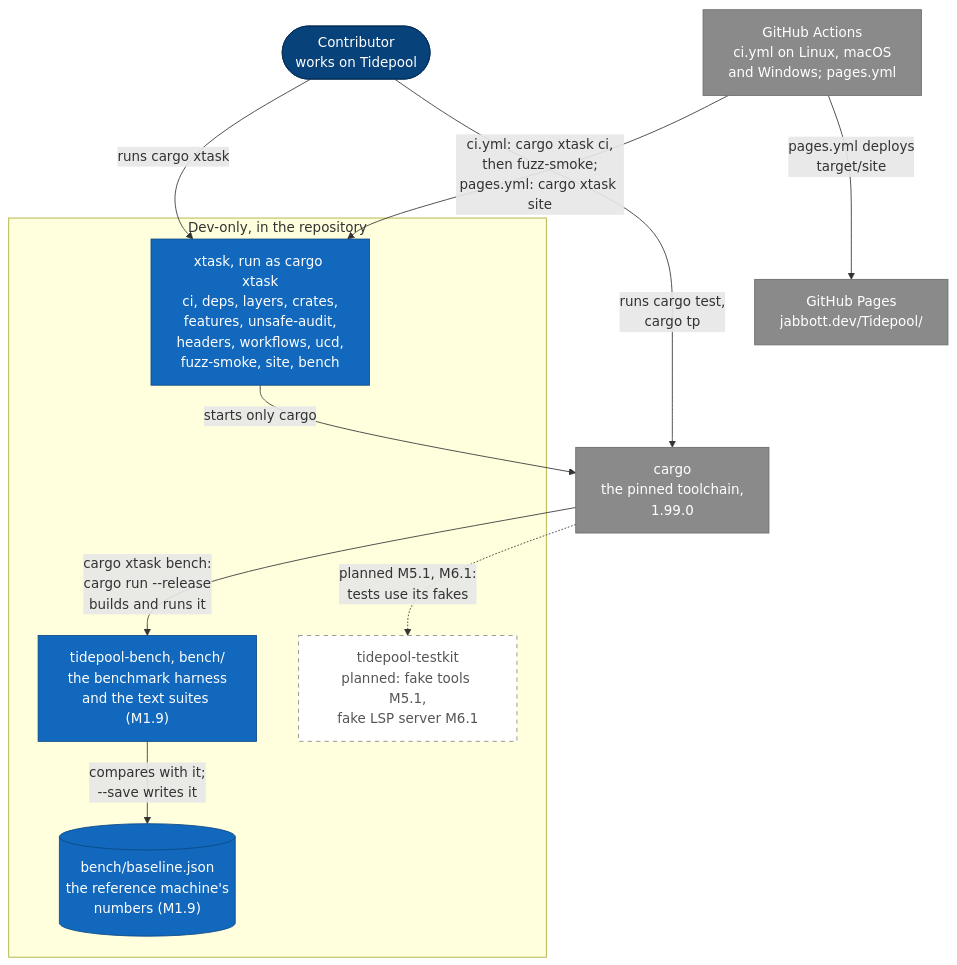
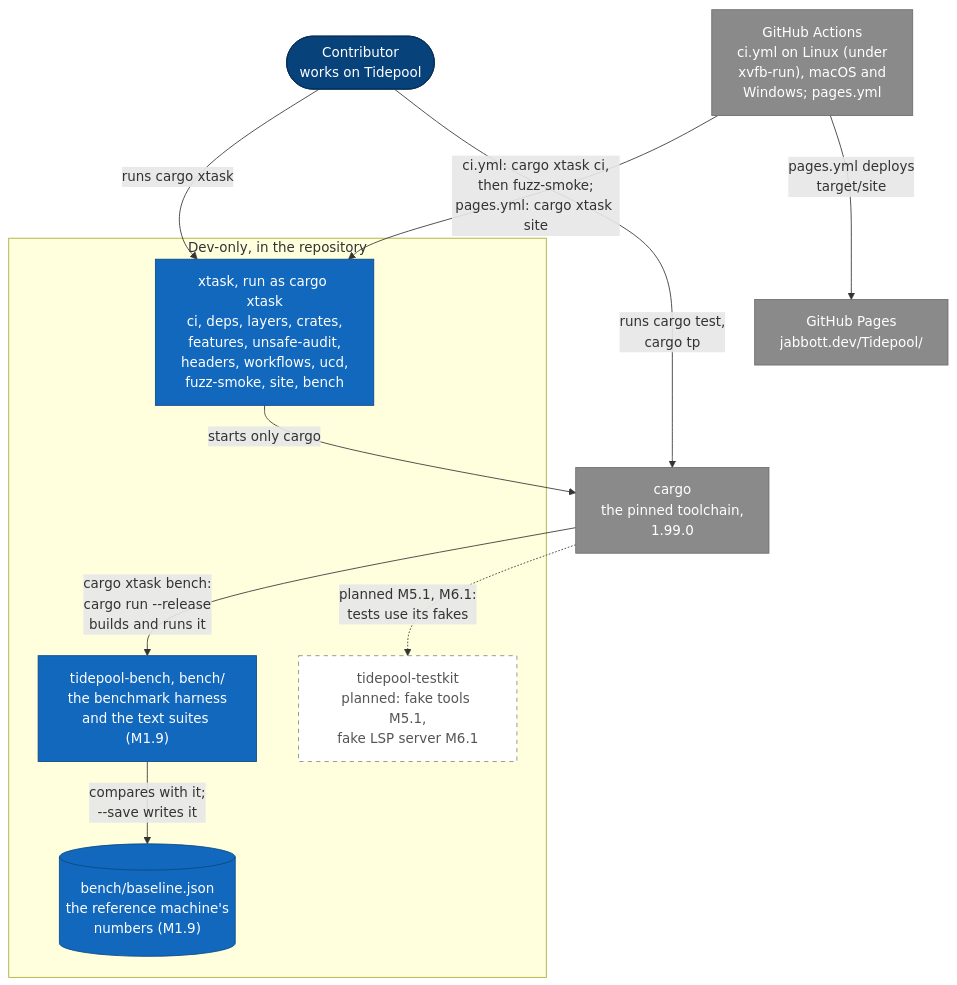
One commit to jabbott-iii/Tidepool changed the fourth of 16 diagrams in diagrams/c4-architecture.md. Above: the diagram before and after it, drawn with Mermaid. The commit also changed other lines of this file and 7 other files, not shown here.

First line of the commit message:
ci: the window tests run under Xvfb on Linux (M2.9)

````diff
--- a/diagrams/c4-architecture.md
+++ b/diagrams/c4-architecture.md
@@ -187,34 +188,34 @@
 ```mermaid
 flowchart TB
     p_contrib(["Contributor<br/>works on Tidepool"])
-    e_gha["GitHub Actions<br/>ci.yml on Linux, macOS<br/>and Windows; pages.yml"]
+    e_gha["GitHub Actions<br/>ci.yml on Linux (under<br/>xvfb-run), macOS and<br/>Windows; pages.yml"]
     e_cargo["cargo<br/>the pinned toolchain,<br/>1.99.0"]
     e_pages["GitHub Pages<br/>jabbott.dev/Tidepool/"]
 
     subgraph b_dev["Dev-only, in the repository"]
         c_xtask["xtask, run as cargo xtask<br/>ci, deps, layers, crates,<br/>features, unsafe-audit,<br/>headers, workflows, ucd,<br/>fuzz-smoke, site, bench"]
         c_bench["tidepool-bench, bench/<br/>the benchmark harness<br/>and the text suites (M1.9)"]
         c_testkit["tidepool-testkit<br/>planned: fake tools M5.1,<br/>fake LSP server M6.1"]
         s_baseline[("bench/baseline.json<br/>the reference machine's<br/>numbers (M1.9)")]
     end
 
     p_contrib -->|"runs cargo xtask"| c_xtask
     p_contrib -->|"runs cargo test,<br/>cargo tp"| e_cargo
     e_gha -->|"ci.yml: cargo xtask ci,<br/>then fuzz-smoke;<br/>pages.yml: cargo xtask site"| c_xtask
     e_gha -->|"pages.yml deploys<br/>target/site"| e_pages
     c_xtask -->|"starts only cargo"| e_cargo
     e_cargo -->|"cargo xtask bench:<br/>cargo run --release<br/>builds and runs it"| c_bench
     c_bench -->|"compares with it;<br/>--save writes it"| s_baseline
     e_cargo -.->|"planned M5.1, M6.1:<br/>tests use its fakes"| c_testkit
 
     classDef person fill:#08427b,stroke:#052e56,color:#ffffff
     classDef built fill:#1168bd,stroke:#0b4884,color:#ffffff
     classDef external fill:#8a8a8a,stroke:#6b6b6b,color:#ffffff
     classDef planned fill:#ffffff,stroke:#888888,stroke-dasharray: 5 5,color:#555555
     classDef store fill:#1168bd,stroke:#0b4884,color:#ffffff
     class p_contrib person
     class c_xtask,c_bench built
     class s_baseline store
     class c_testkit planned
     class e_gha,e_cargo,e_pages external
 ```
````
